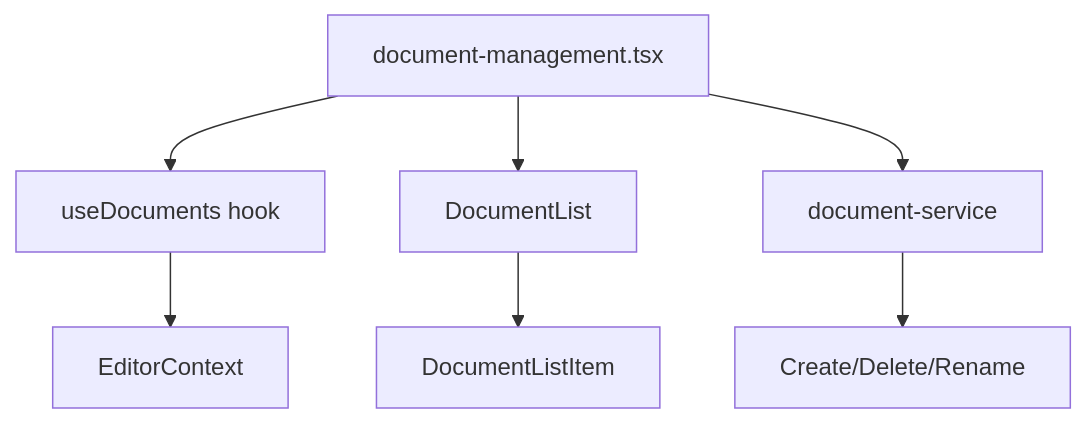
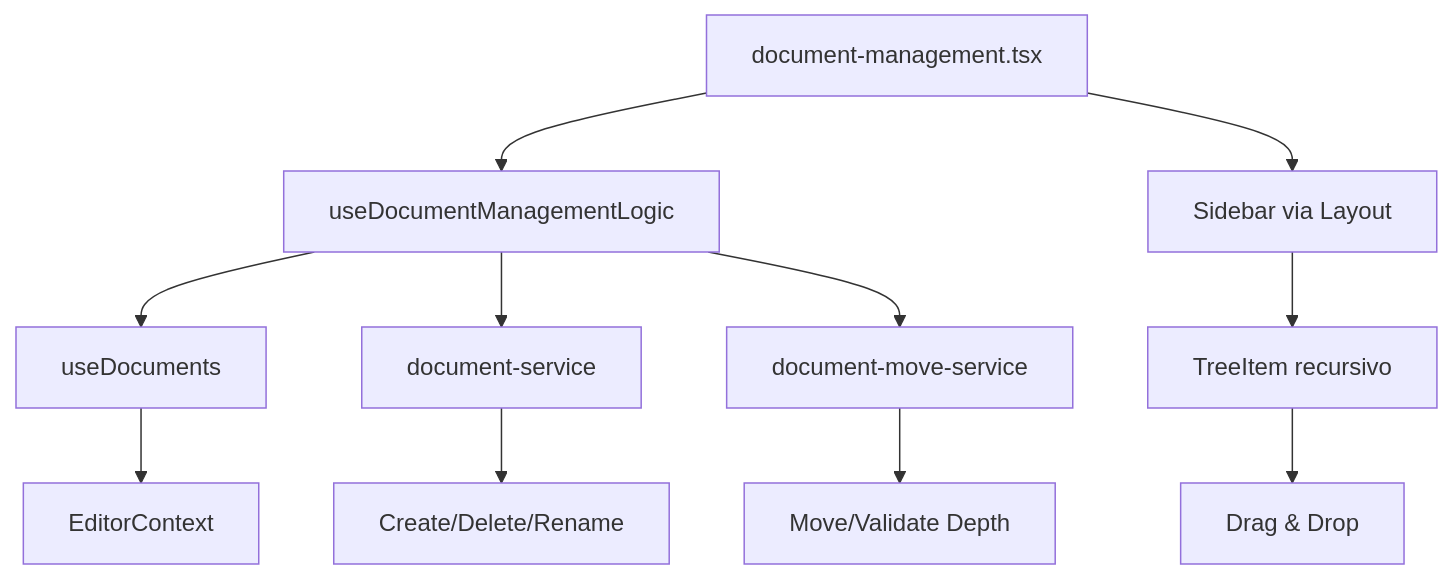
One commit to eliseo-arevalo/blocksuite-react changed the first of 9 diagrams in STRUCTURE.md. Above: the diagram before and after it, drawn with Mermaid. The commit also changed other lines of this file and 3 other files, not shown here.

````diff
--- a/STRUCTURE.md
+++ b/STRUCTURE.md
@@ -53,9 +96,13 @@
 ```mermaid
 graph TB
-    A[document-management.tsx] --> B[useDocuments hook]
-    A --> C[DocumentList]
-    A --> D[document-service]
-    C --> E[DocumentListItem]
-    B --> F[EditorContext]
-    D --> G[Create/Delete/Rename]
+    A[document-management.tsx] --> B[useDocumentManagementLogic]
+    B --> C[useDocuments]
+    B --> D[document-service]
+    B --> E[document-move-service]
+    A --> F[Sidebar via Layout]
+    F --> G[TreeItem recursivo]
+    G --> H[Drag & Drop]
+    C --> I[EditorContext]
+    D --> J[Create/Delete/Rename]
+    E --> K[Move/Validate Depth]
 ```
````
